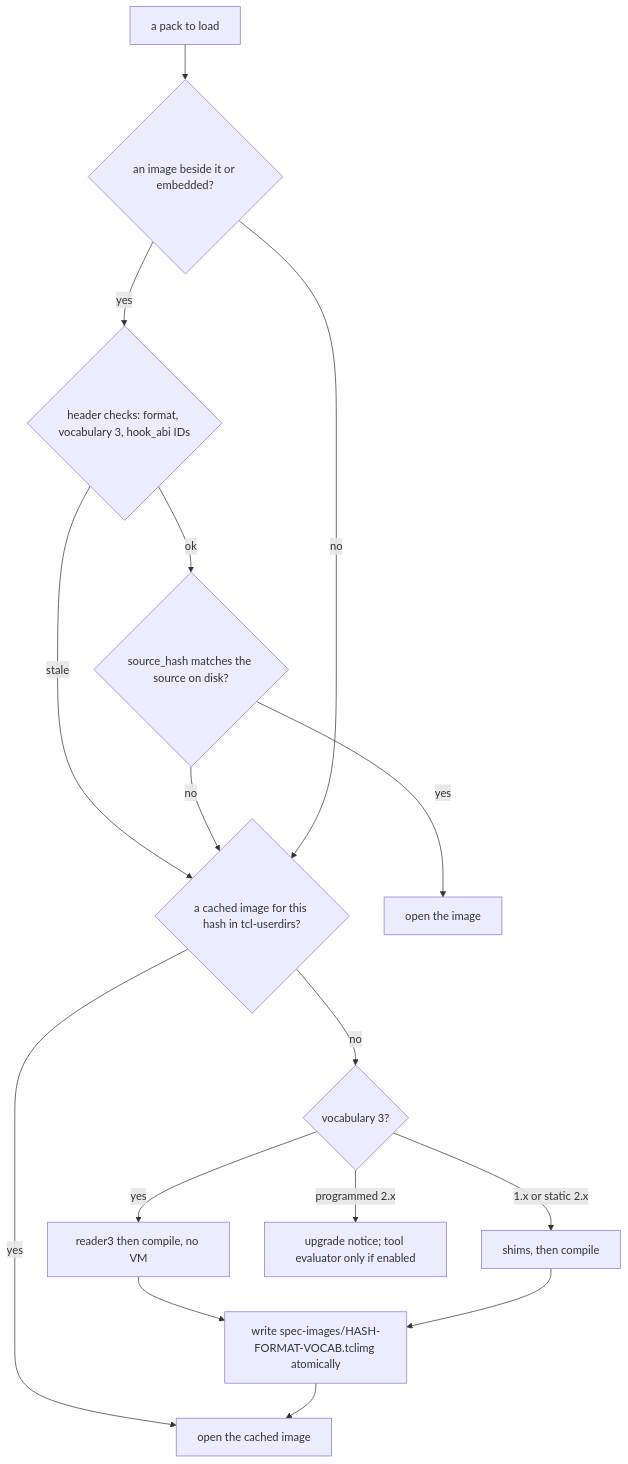
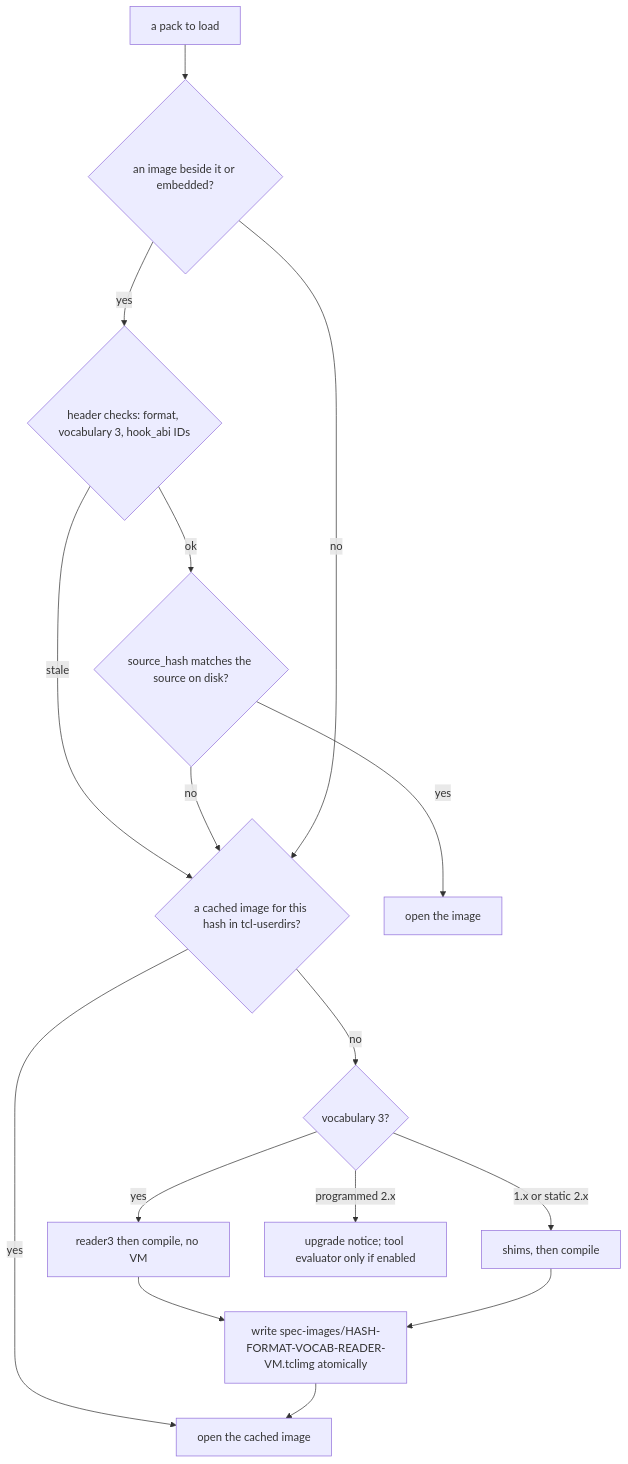
One commit to bitwisecook/tcl-lsp changed the second of 2 diagrams in docs/design/registry/model/306-expect-spike.md. Above: the diagram before and after it, drawn with Mermaid. The commit also changed other lines of this file and 17 other files, not shown here.

````diff
--- a/docs/design/registry/model/306-expect-spike.md
+++ b/docs/design/registry/model/306-expect-spike.md
@@ -151,18 +157,18 @@
 ```mermaid
 flowchart TB
   pack["a pack to load"] --> hasImg{"an image beside it or embedded?"}
   hasImg -- yes --> header{"header checks: format, vocabulary 3, hook_abi IDs"}
   header -- stale --> cache
   header -- ok --> hash{"source_hash matches the source on disk?"}
   hash -- yes --> useImg["open the image"]
   hash -- no --> cache{"a cached image for this hash in tcl-userdirs?"}
   hasImg -- no --> cache
   cache -- yes --> useCache["open the cached image"]
   cache -- no --> version{"vocabulary 3?"}
   version -- yes --> compile["reader3 then compile, no VM"]
   version -- "1.x or static 2.x" --> shim["shims, then compile"]
   version -- "programmed 2.x" --> notice["upgrade notice; tool evaluator only if enabled"]
-  compile --> write["write spec-images/HASH-FORMAT-VOCAB.tclimg atomically"]
+  compile --> write["write spec-images/HASH-FORMAT-VOCAB-READER-VM.tclimg atomically"]
   shim --> write
   write --> useCache
 ```
````
